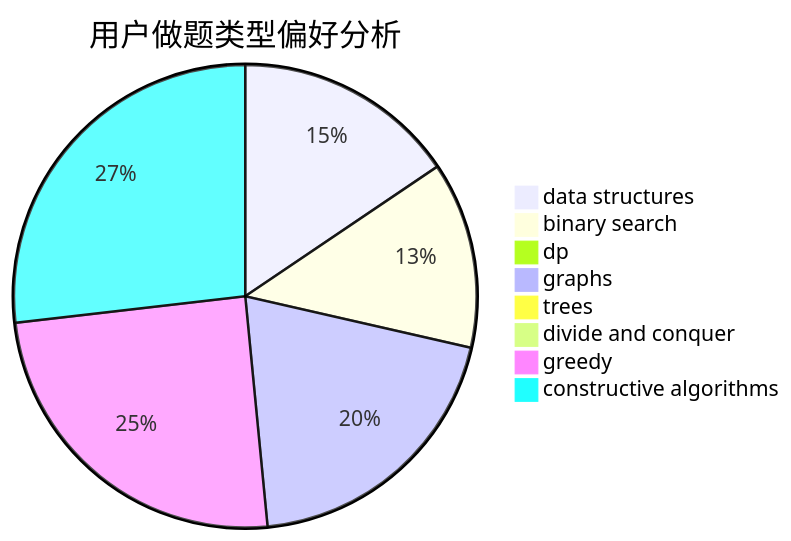
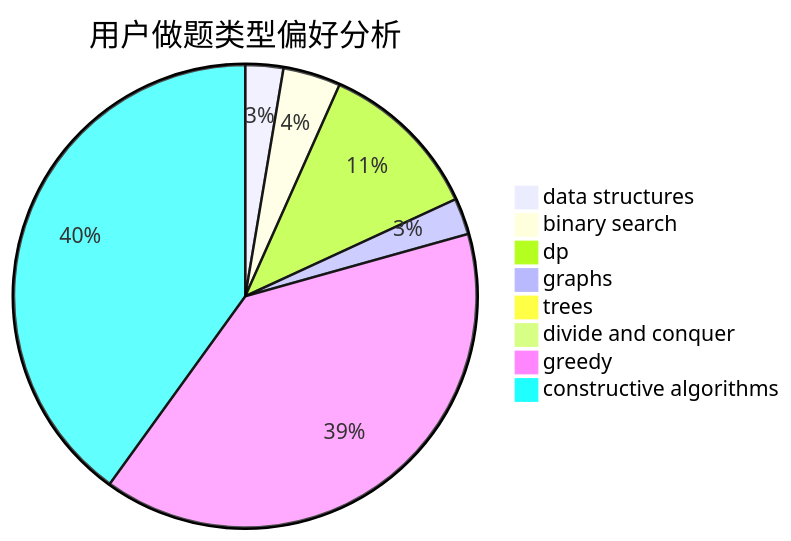
One commit to sherpahu/cfrs.github.io changed the second of 3 diagrams in docs/user/u2049.md. Above: the diagram before and after it, drawn with Mermaid. The commit also changed other lines of this file and 2770 other files, not shown here.

````diff
--- a/docs/user/u2049.md
+++ b/docs/user/u2049.md
@@ -23,11 +23,11 @@
 ```mermaid
 pie title 用户做题类型偏好分析
-    "data structures" :  197
-    "binary search" :  165
-    "dp" :  6
-    "graphs" :  252
-    "trees" :  4
-    "divide and conquer" :  0
-    "greedy" :  313
-    "constructive algorithms" :  340
+    "data structures" :  25
+    "binary search" :  38
+    "dp" :  108
+    "graphs" :  24
+    "trees" :  1
+    "divide and conquer" :  1
+    "greedy" :  371
+    "constructive algorithms" :  378
 ```
````
